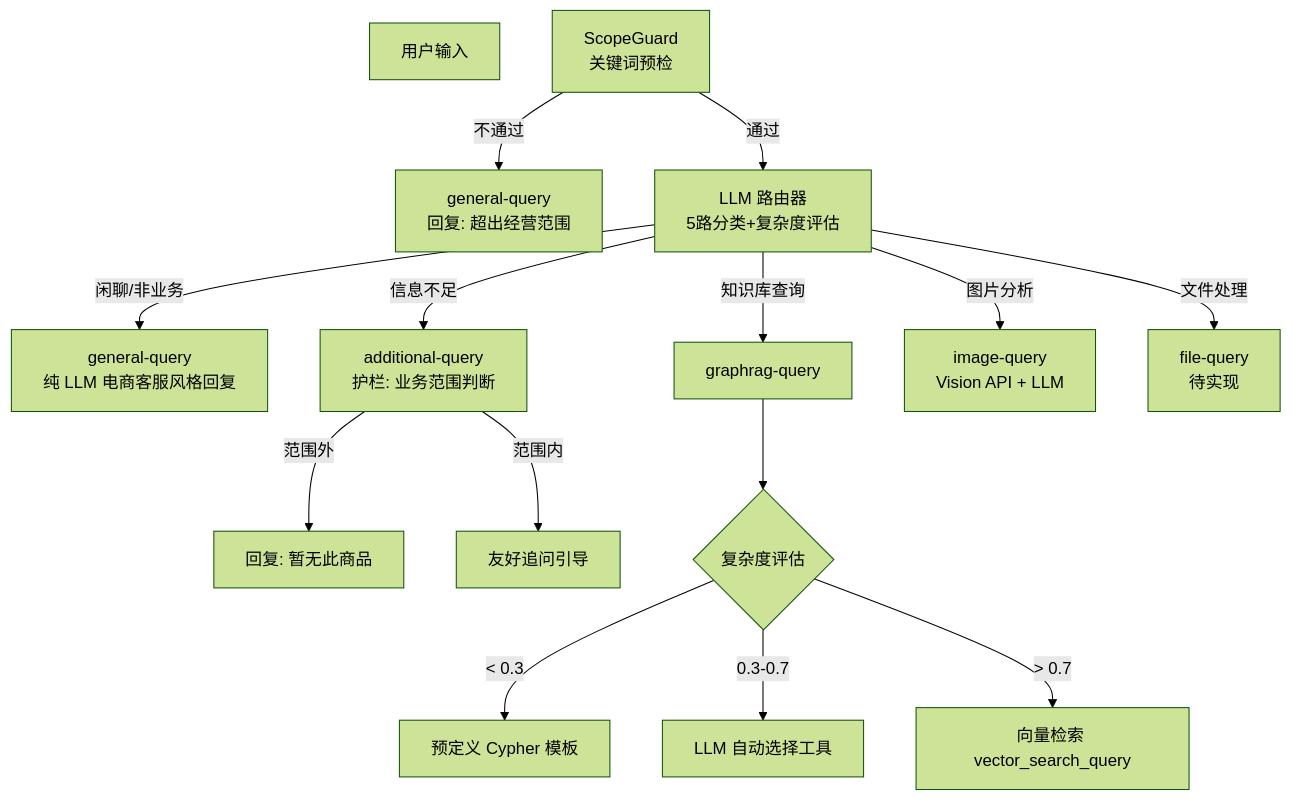
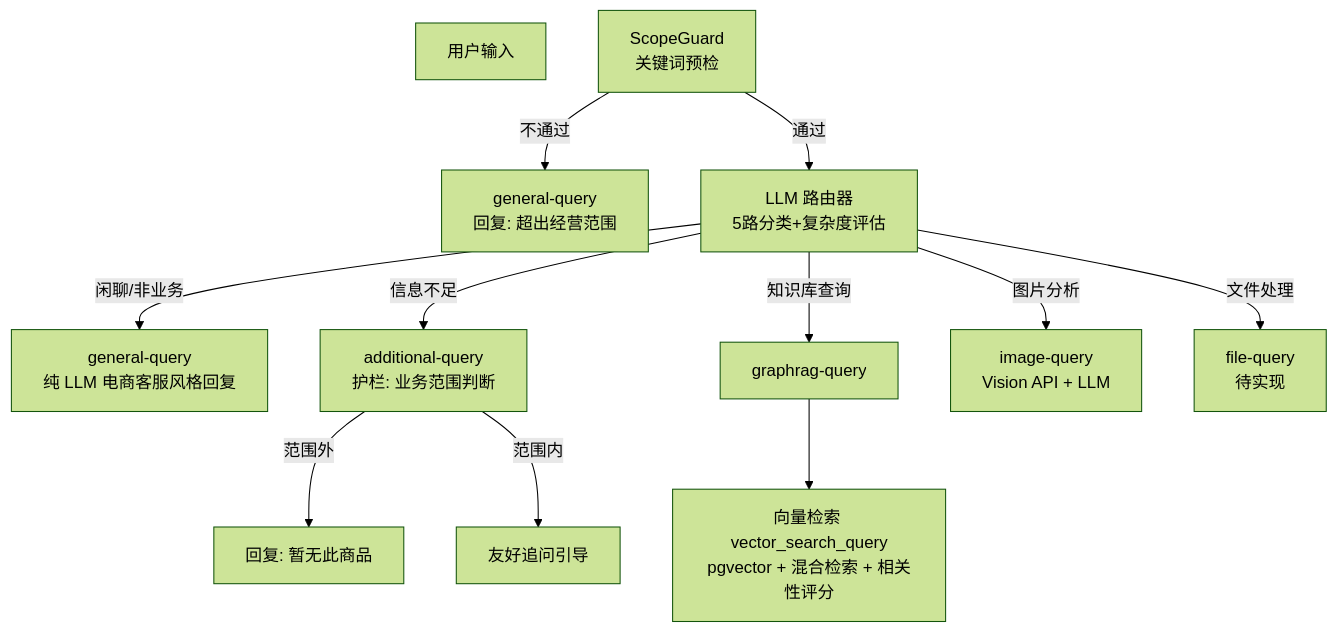
One commit to blowt16/SmartCS-Agent changed the eighth of 10 diagrams in docs/PROJECT_ANALYSIS.md. Above: the diagram before and after it, drawn with Mermaid (forest theme). The commit also changed other lines of this file and 85 other files, not shown here.

First line of the commit message:
[refactor] 彻底移除 Neo4j 与 Cypher：知识库查询统一为 pgvector 向量检索

````diff
--- a/docs/PROJECT_ANALYSIS.md
+++ b/docs/PROJECT_ANALYSIS.md
@@ -562,20 +505,17 @@
 ```mermaid
 flowchart TD
     Q["用户输入"]
     SG["ScopeGuard<br/>关键词预检"]
     SG -->|不通过| GEN["general-query<br/>回复: 超出经营范围"]
     SG -->|通过| ROUTER["LLM 路由器<br/>5路分类+复杂度评估"]
 
     ROUTER -->|"闲聊/非业务"| GEN2["general-query<br/>纯 LLM 电商客服风格回复"]
     ROUTER -->|"信息不足"| ADD["additional-query<br/>护栏: 业务范围判断"]
     ADD -->|"范围外"| REJECT["回复: 暂无此商品"]
     ADD -->|"范围内"| ASK["友好追问引导"]
     ROUTER -->|"知识库查询"| KG["graphrag-query"]
     ROUTER -->|"图片分析"| IMG["image-query<br/>Vision API + LLM"]
     ROUTER -->|"文件处理"| FILE["file-query<br/>待实现"]
 
-    KG --> COMPLEX{"复杂度评估"}
-    COMPLEX -->|"< 0.3"| PREFAB["预定义 Cypher 模板"]
-    COMPLEX -->|"0.3-0.7"| AUTO["LLM 自动选择工具"]
-    COMPLEX -->|"> 0.7"| GRAG["向量检索 vector_search_query"]
+    KG --> GRAG["向量检索 vector_search_query<br/>pgvector + 混合检索 + 相关性评分"]
 ```
````
